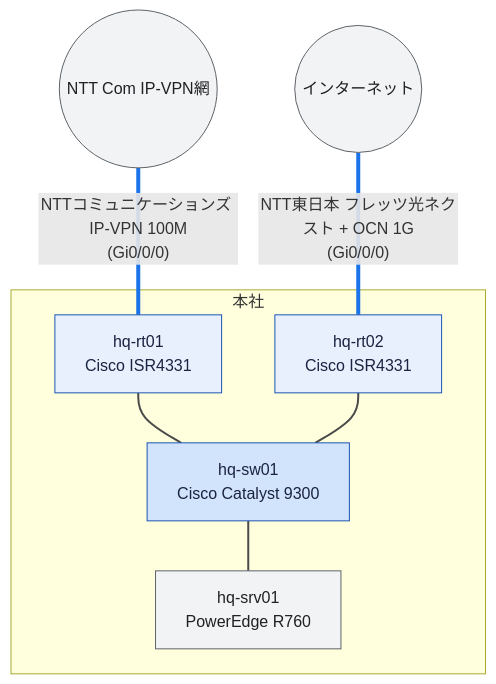
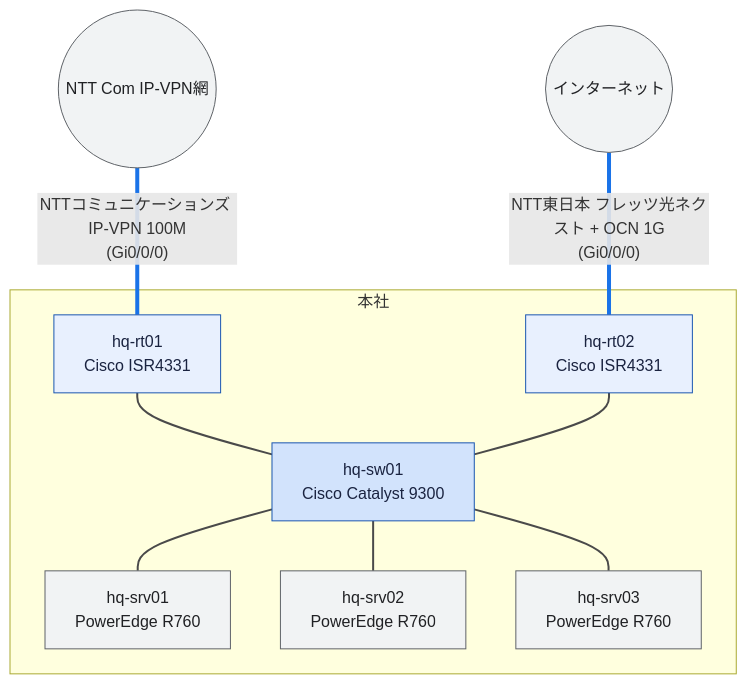
Before and after one commit to thinas1115/nwdsl: the diagram in examples/sample-corp/generated/hq-physical.mmd, drawn with Mermaid. The commit also changed 25 other files, not shown here.

```diff
--- a/examples/sample-corp/generated/hq-physical.mmd
+++ b/examples/sample-corp/generated/hq-physical.mmd
@@ -1,32 +1,36 @@
 flowchart TB
   subgraph sg_hq["本社"]
     hq_rt01["hq-rt01<br>Cisco ISR4331"]
     hq_sw01["hq-sw01<br>Cisco Catalyst 9300"]
     hq_rt02["hq-rt02<br>Cisco ISR4331"]
     hq_srv01["hq-srv01<br>PowerEdge R760"]
+    hq_srv02["hq-srv02<br>PowerEdge R760"]
+    hq_srv03["hq-srv03<br>PowerEdge R760"]
   end
   ipvpn(("NTT Com IP-VPN網"))
   internet(("インターネット"))
   hq_rt01 --- hq_sw01
   hq_rt02 --- hq_sw01
   hq_sw01 --- hq_srv01
+  hq_sw01 --- hq_srv02
+  hq_sw01 --- hq_srv03
   ipvpn ---|"NTTコミュニケーションズ IP-VPN 100M<br>(Gi0/0/0)"| hq_rt01
   internet ---|"NTT東日本 フレッツ光ネクスト + OCN 1G<br>(Gi0/0/0)"| hq_rt02
 
   classDef node_dim fill:#f8f9fa,stroke:#dadce0,color:#bdc1c6
   classDef node_failed fill:#fce8e6,stroke:#c5221f,color:#3c1a19
   classDef role_router fill:#e8f0fe,stroke:#1a56b0,color:#1a2340
   classDef role_l3switch fill:#d2e3fc,stroke:#1a56b0,color:#1a2340
   classDef role_l2switch fill:#e6f4ea,stroke:#137333,color:#1a2e1f
   classDef role_firewall fill:#fce8e6,stroke:#c5221f,color:#3c1a19
   classDef role_other fill:#f1f3f4,stroke:#5f6368,color:#202124
   classDef node_cloud fill:#f1f3f4,stroke:#5f6368,color:#202124
   classDef node_site fill:#fff8e1,stroke:#b58105,color:#4a3a08
   classDef node_segment fill:#e2f5f0,stroke:#0f766e,color:#0b3d38
   classDef node_external fill:#ffffff,stroke:#9aa0a6,stroke-dasharray:3 3,color:#5f6368
   class hq_rt01,hq_rt02 role_router
   class hq_sw01 role_l3switch
-  class hq_srv01 role_other
+  class hq_srv01,hq_srv02,hq_srv03 role_other
   class ipvpn,internet node_cloud
-  linkStyle 0,1,2 stroke:#4a4a4a,stroke-width:2px
-  linkStyle 3,4 stroke:#1a73e8,stroke-width:4px
+  linkStyle 0,1,2,3,4 stroke:#4a4a4a,stroke-width:2px
+  linkStyle 5,6 stroke:#1a73e8,stroke-width:4px
```
